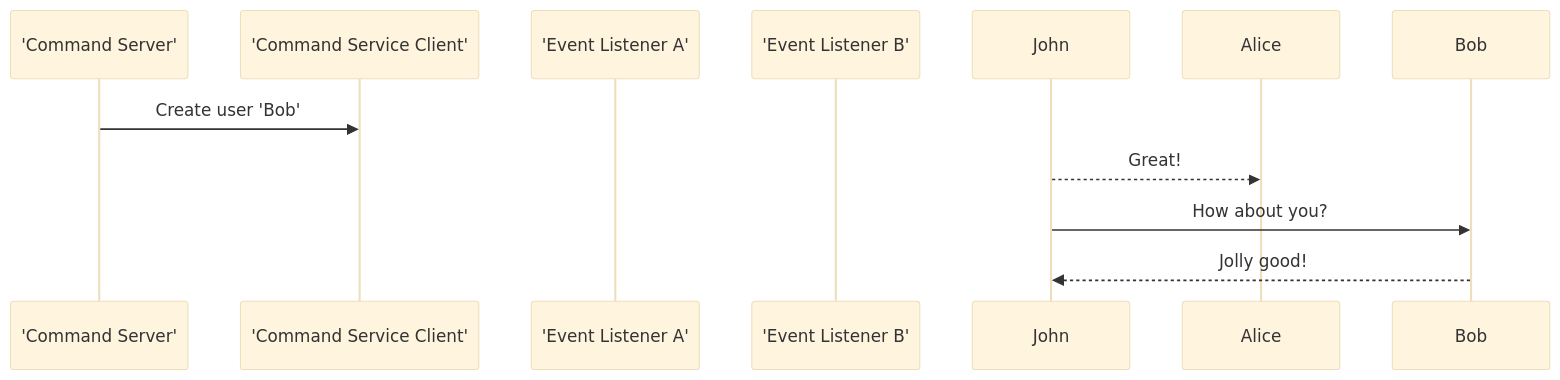
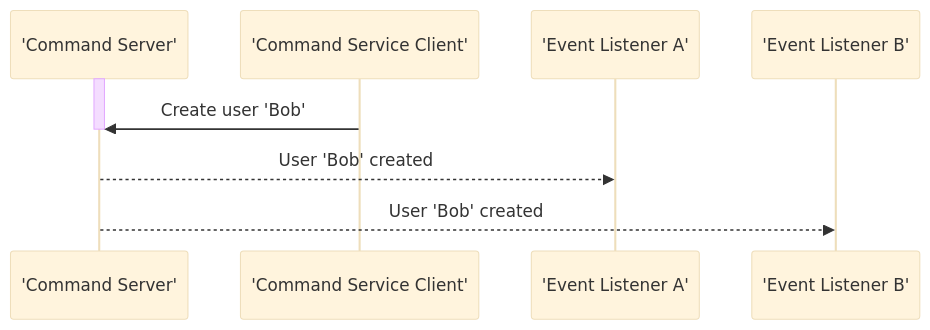
One commit to phil3k3/cqrs-rust changed the diagram in README.md. Above: the diagram before and after it, drawn with Mermaid (base theme).

````diff
--- a/README.md
+++ b/README.md
@@ -12,11 +12,12 @@
 ```mermaid
 sequenceDiagram
     participant 'Command Server'
     participant 'Command Service Client'
     participant 'Event Listener A'
     participant 'Event Listener B'
-    'Command Server'->>'Command Service Client': Create user 'Bob'
-    John-->>Alice: Great!
-    John->>Bob: How about you?
-    Bob-->>John: Jolly good!
+    activate 'Command Server'
+    'Command Service Client'->>'Command Server': Create user 'Bob'
+    deactivate 'Command Server'
+    'Command Server'-->>'Event Listener A': User 'Bob' created
+    'Command Server'-->>'Event Listener B': User 'Bob' created
 ```
````
